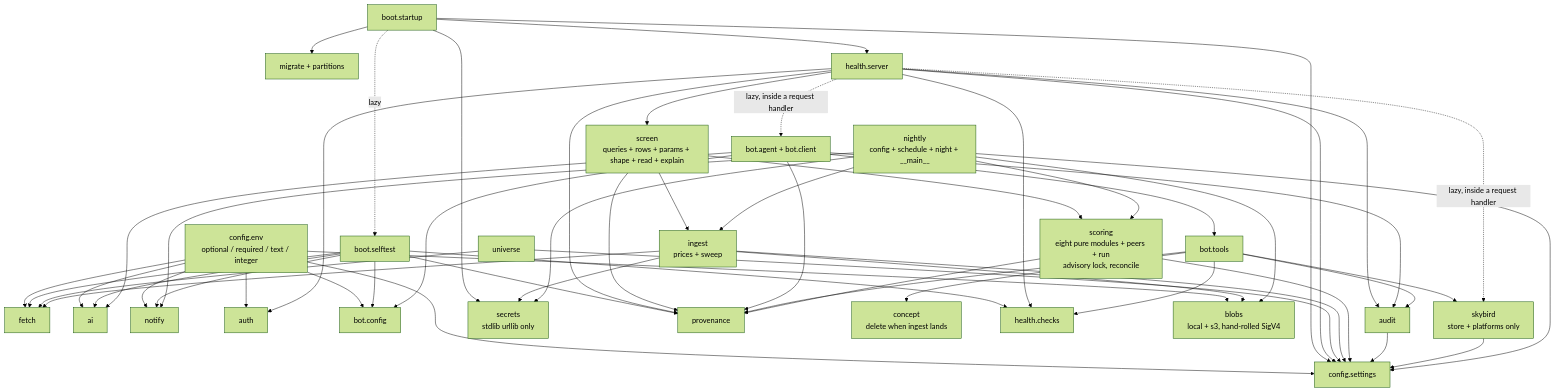
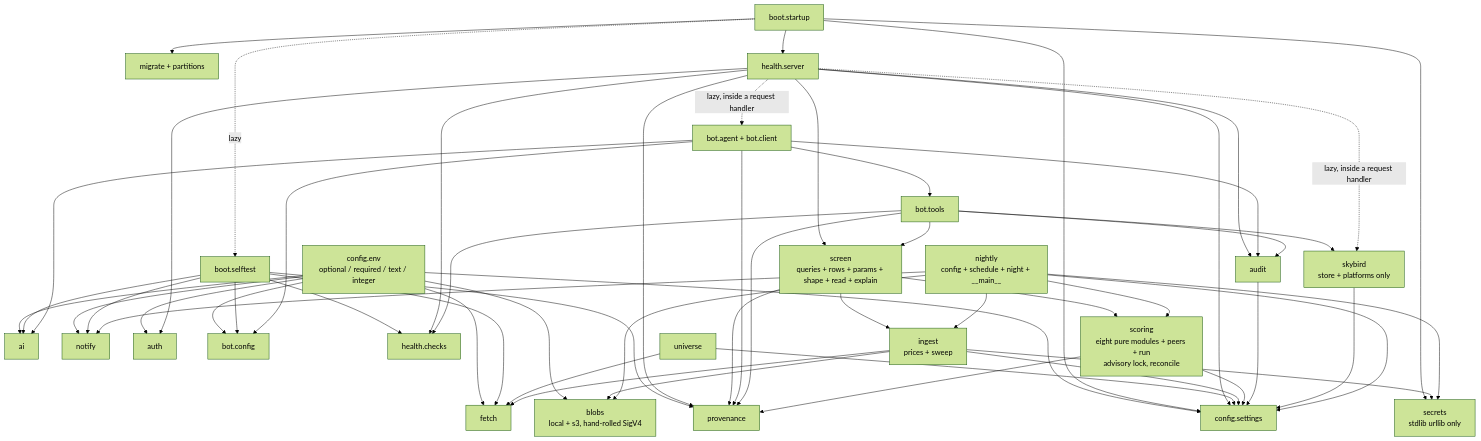
One commit to D1K03/stock-aggregator changed the third of 14 diagrams in docs/architecture.md. Above: the diagram before and after it, drawn with Mermaid (forest theme). The commit also changed 3 other files, not shown here.

First line of the commit message:
Bring CLAUDE.md, PLAN.md and the architecture diagram up to the real screen

```diff
--- a/docs/architecture.md
+++ b/docs/architecture.md
@@ -232,7 +232,6 @@
     secrets["secrets<br/>stdlib urllib only"]
     prov["provenance"]
     screen["screen<br/>queries + rows + params + shape + read + explain"]
-    concept["concept<br/>delete when ingest lands"]
     migrate["migrate + partitions"]
     checks["health.checks"]
 
@@ -278,7 +277,7 @@
     bot --> botcfg
     bot --> tools
 
-    tools --> concept
+    tools --> screen
     tools --> skybird
     tools --> audit
     tools --> checks
```
